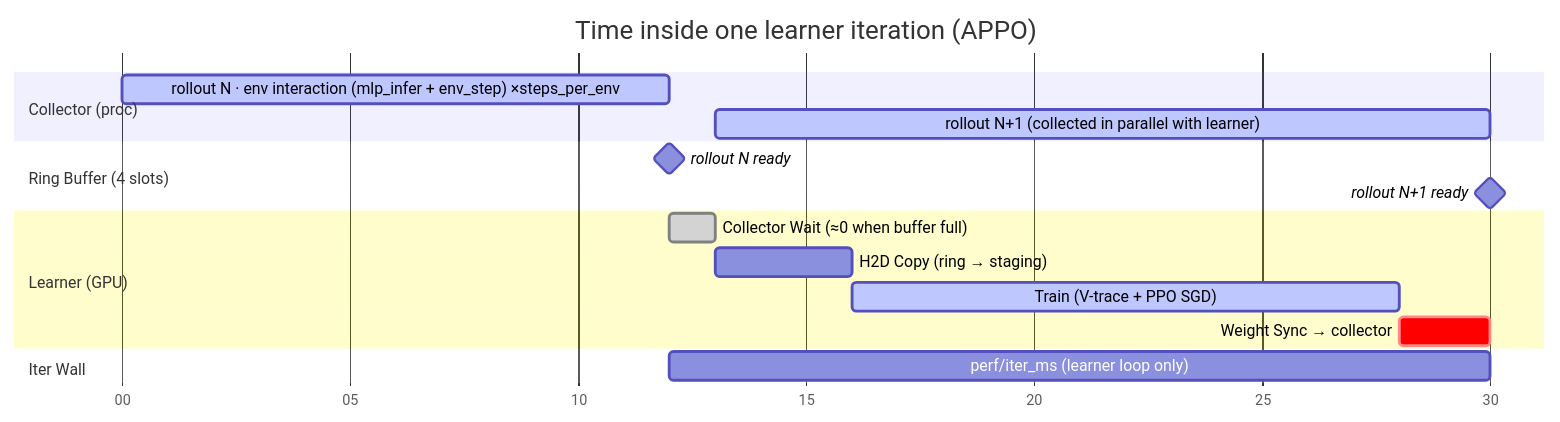
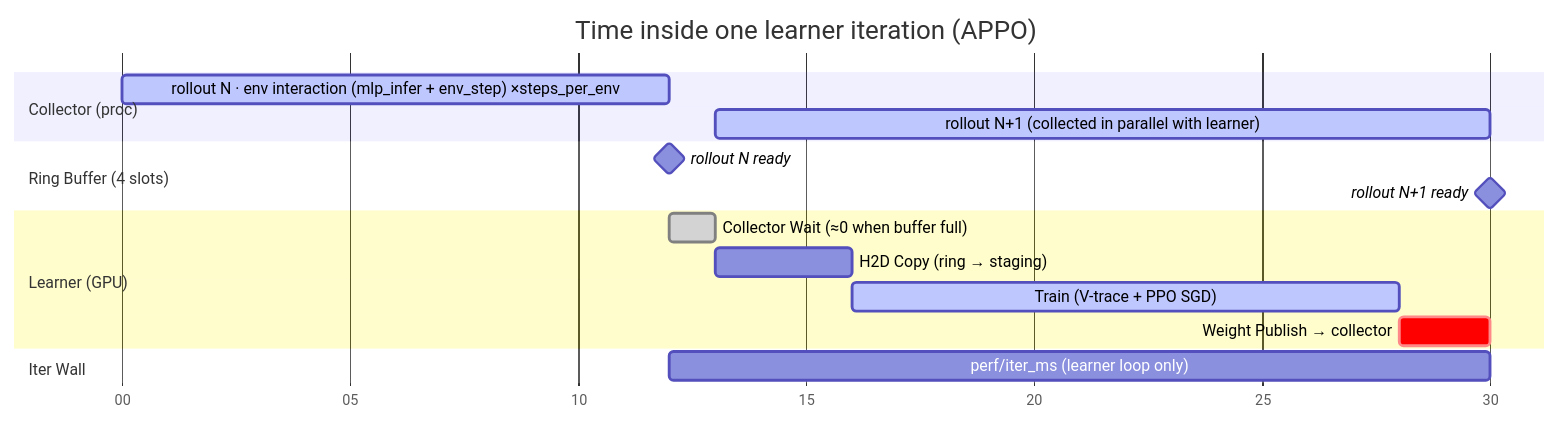
The diagram in docs/sphinx/source/en/2-user_guide/1-training/3-logging.md (Motphys/UniLab), drawn with Mermaid before and after one commit. The commit also changed other lines of this file and 12 other files, not shown here.

````diff
--- a/docs/sphinx/source/en/2-user_guide/1-training/3-logging.md
+++ b/docs/sphinx/source/en/2-user_guide/1-training/3-logging.md
@@ -132,23 +154,23 @@
 ```{mermaid}
 gantt
     title Time inside one learner iteration (APPO)
     dateFormat x
     axisFormat %S
 
     section Collector (proc)
     rollout N · env interaction (mlp_infer + env_step) ×steps_per_env :active, c0, 0, 12000
     rollout N+1 (collected in parallel with learner)                  :active, c1, 13000, 30000
 
     section Ring Buffer (4 slots)
     rollout N ready    :milestone, r0, 12000, 12000
     rollout N+1 ready  :milestone, r1, 30000, 30000
 
     section Learner (GPU)
     Collector Wait (≈0 when buffer full)  :done,   l0, 12000, 13000
     H2D Copy (ring → staging)             :        l1, 13000, 16000
     Train (V-trace + PPO SGD)             :active, l2, 16000, 28000
-    Weight Sync → collector               :crit,   l3, 28000, 30000
+    Weight Publish → collector            :crit,   l3, 28000, 30000
 
     section Iter Wall
     perf/iter_ms (learner loop only)      :        l4, 12000, 30000
 ```
````
